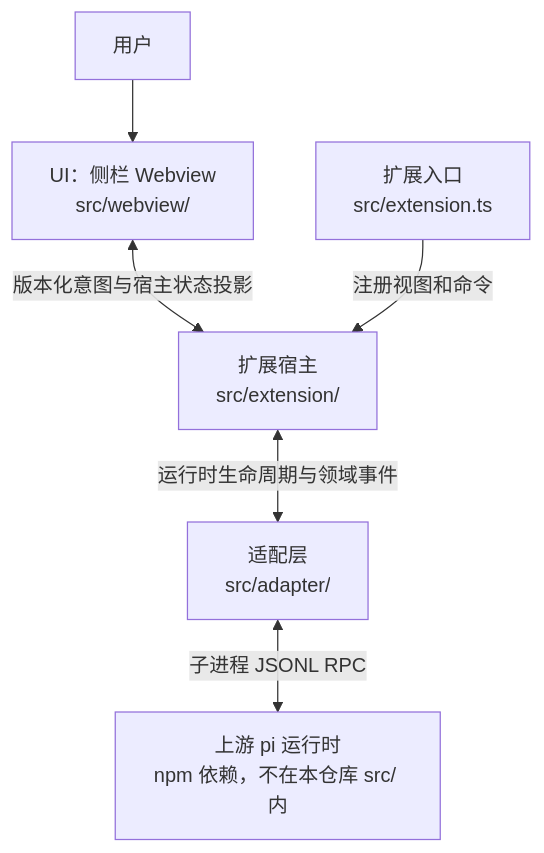
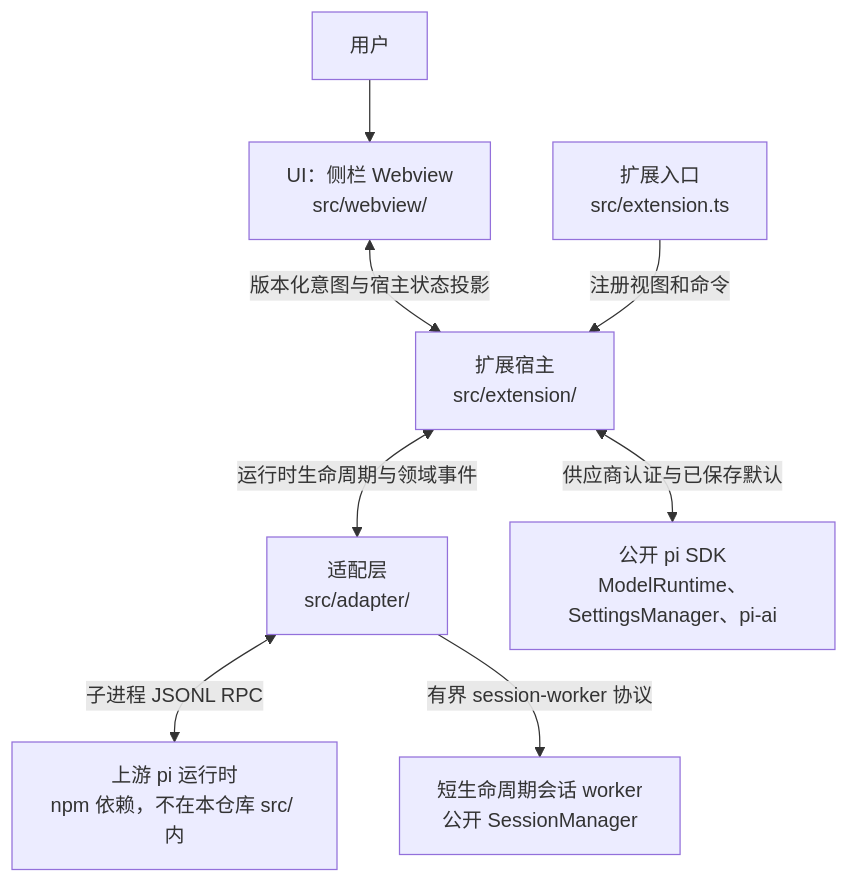
One commit to Hex4C59/pi-vscode changed the diagram in docs/architecture/vscode-extension-architecture.zh.md. Above: the diagram before and after it, drawn with Mermaid. The commit also changed other lines of this file and 23 other files, not shown here.

````diff
--- a/docs/architecture/vscode-extension-architecture.zh.md
+++ b/docs/architecture/vscode-extension-architecture.zh.md
@@ -38,8 +38,10 @@
 ```mermaid
 flowchart TD
     U["用户"] --> W["UI：侧栏 Webview<br/>src/webview/"]
     W <-->|"版本化意图与宿主状态投影"| H["扩展宿主<br/>src/extension/"]
     H <-->|"运行时生命周期与领域事件"| A["适配层<br/>src/adapter/"]
     A <-->|"子进程 JSONL RPC"| P["上游 pi 运行时<br/>npm 依赖，不在本仓库 src/ 内"]
+    H <-->|"供应商认证与已保存默认"| S["公开 pi SDK<br/>ModelRuntime、SettingsManager、pi-ai"]
+    A -->|"有界 session-worker 协议"| J["短生命周期会话 worker<br/>公开 SessionManager"]
     E["扩展入口<br/>src/extension.ts"] -->|"注册视图和命令"| H
 ```
````
